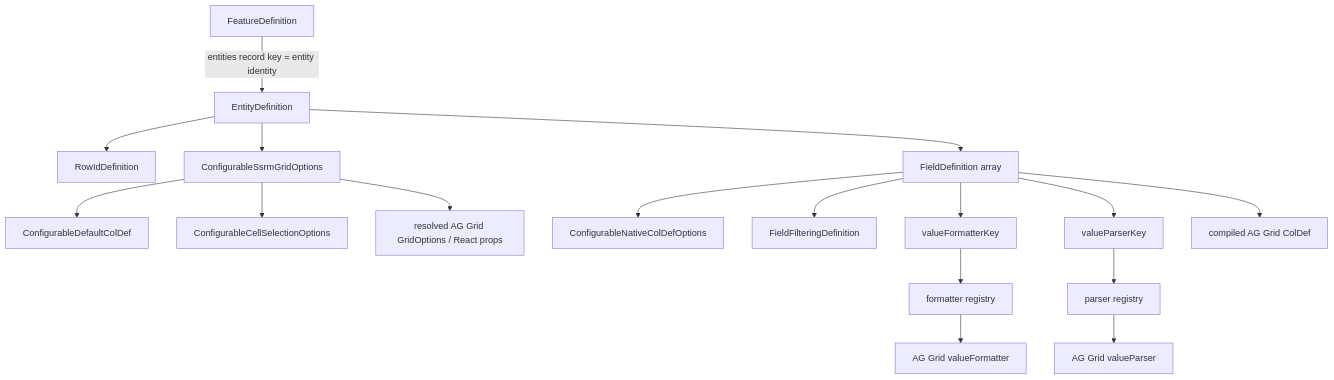
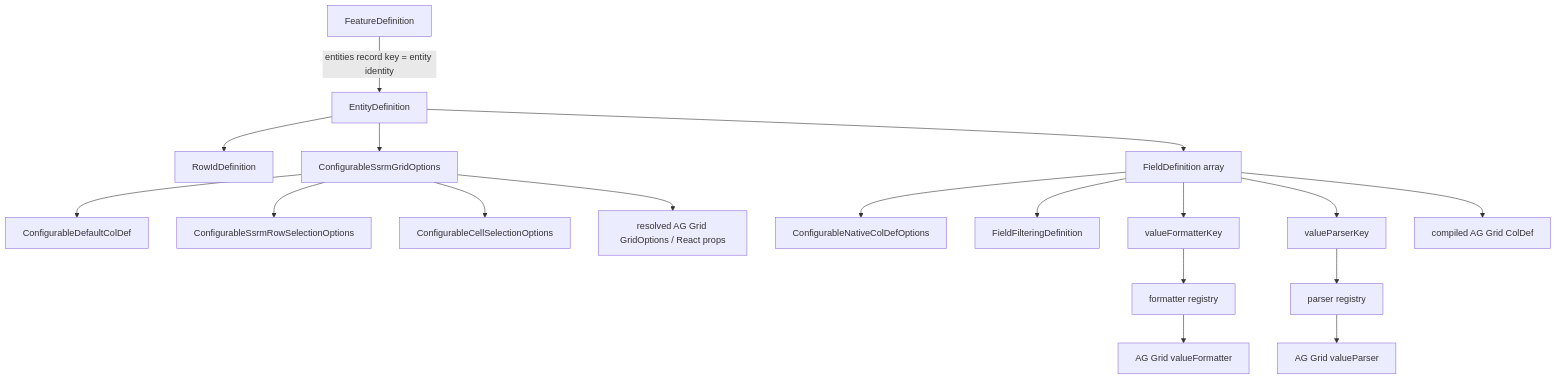
The diagram in docs/configurable-feature/type-hierarchy.md (deepanshu-ahuja/aggrid-infinite-ssrm), drawn with Mermaid before and after one commit. The commit also changed other lines of this file, not shown here.

Commit message:
docs: expand configurable native hierarchy

````diff
--- a/docs/configurable-feature/type-hierarchy.md
+++ b/docs/configurable-feature/type-hierarchy.md
@@ -83,19 +71,20 @@
 ```mermaid
 flowchart TD
     F[FeatureDefinition] -->|entities record key = entity identity| E[EntityDefinition]
     E --> R[RowIdDefinition]
     E --> GO[ConfigurableSsrmGridOptions]
     GO --> D[ConfigurableDefaultColDef]
+    GO --> RS[ConfigurableSsrmRowSelectionOptions]
     GO --> CS[ConfigurableCellSelectionOptions]
     E --> FD[FieldDefinition array]
     FD --> N[ConfigurableNativeColDefOptions]
     FD --> FIL[FieldFilteringDefinition]
     FD --> FMT[valueFormatterKey]
     FD --> PAR[valueParserKey]
     FMT --> FR[formatter registry]
     PAR --> PR[parser registry]
     FR --> VF[AG Grid valueFormatter]
     PR --> VP[AG Grid valueParser]
     FD --> CD[compiled AG Grid ColDef]
     GO --> GRID[resolved AG Grid GridOptions / React props]
 ```
````
